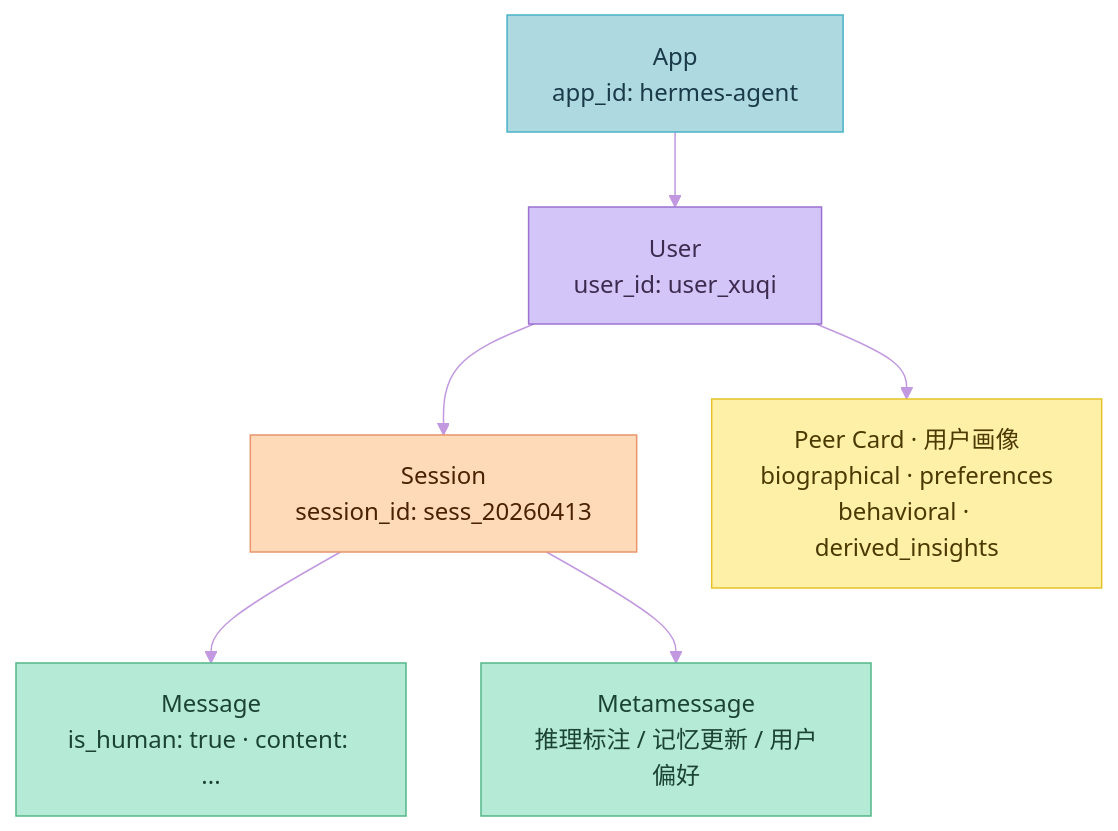
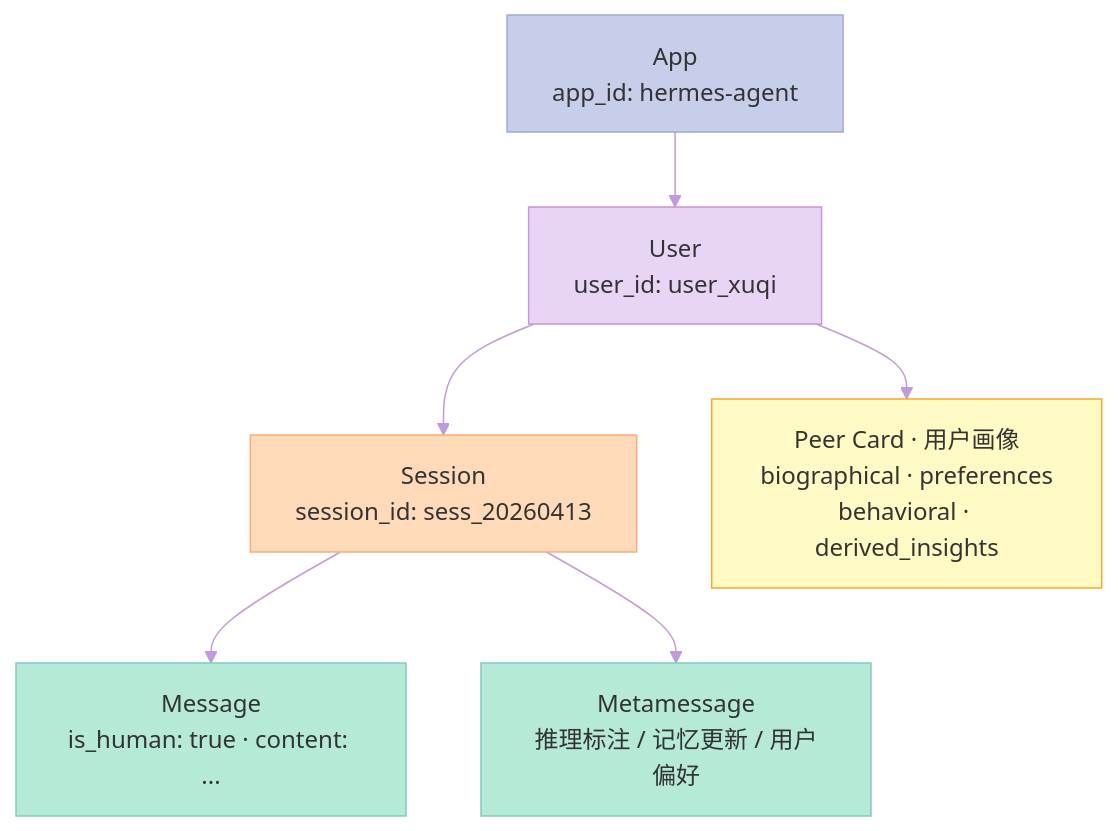
The fourth of 10 diagrams in source/_posts/2026-04-13-hermes-agent深度完全解读.md (xuqi2024/xuqi2024.github.io), drawn with Mermaid before and after one commit. The commit also changed other lines of this file and 23 other files, not shown here.

````diff
--- a/source/_posts/2026-04-13-hermes-agent深度完全解读.md
+++ b/source/_posts/2026-04-13-hermes-agent深度完全解读.md
@@ -273,20 +279,20 @@
 ```mermaid
-%%{init: {'theme': 'base', 'themeVariables': {'primaryColor': '#FFB3C1', 'primaryTextColor': '#4A1942', 'primaryBorderColor': '#FF85A1', 'lineColor': '#C299E0', 'secondaryColor': '#C8E6C9', 'tertiaryColor': '#AED9E0', 'background': '#FFF8FB', 'mainBkg': '#FFB3C1', 'nodeBorder': '#FF85A1', 'clusterBkg': '#FFF0F7', 'clusterBorder': '#FFB3C1', 'titleColor': '#6D3B8C', 'edgeLabelBackground': '#FFF8FB'}}}%%
+%%{init: {'theme': 'base', 'themeVariables': {'primaryColor': '#FFB3C1', 'primaryTextColor': '#4A1942', 'primaryBorderColor': '#FF85A1', 'lineColor': '#C299E0', 'secondaryColor': '#C8E6C9', 'tertiaryColor': '#C7CEEA', 'background': '#FFF8FB', 'mainBkg': '#FFB3C1', 'nodeBorder': '#FF85A1', 'clusterBkg': '#FFF0F7', 'clusterBorder': '#FFB3C1', 'titleColor': '#6D3B8C', 'edgeLabelBackground': '#FFF8FB'}}}%%
 flowchart TD
-    classDef tier1 fill:#AED9E0,stroke:#48B2C8,color:#1A3A4A
-    classDef tier2 fill:#D4C5F9,stroke:#9B72CF,color:#3D2B4F
-    classDef tier3 fill:#FFDAB9,stroke:#E8956D,color:#4A2200
-    classDef tier4 fill:#B5EAD7,stroke:#52B788,color:#1B4332
-    classDef profile fill:#FFF0A8,stroke:#E6C229,color:#4A3900
+    classDef tier1 fill:#C7CEEA,stroke:#9FA8DA,color:#333
+    classDef tier2 fill:#E8D5F5,stroke:#CE93D8,color:#333
+    classDef tier3 fill:#FFDAB9,stroke:#FFAB76,color:#333
+    classDef tier4 fill:#B5EAD7,stroke:#80CBC4,color:#333
+    classDef profile fill:#FFF9C4,stroke:#F9A825,color:#333
 
     APP["App<br/>app_id: hermes-agent"]:::tier1
     USER["User<br/>user_id: user_xuqi"]:::tier2
     SESS["Session<br/>session_id: sess_20260413"]:::tier3
     MSG["Message<br/>is_human: true · content: ..."]:::tier4
     META["Metamessage<br/>推理标注 / 记忆更新 / 用户偏好"]:::tier4
     CARD["Peer Card · 用户画像<br/>biographical · preferences<br/>behavioral · derived_insights"]:::profile
 
     APP --> USER
     USER --> SESS & CARD
     SESS --> MSG & META
 ```
````
